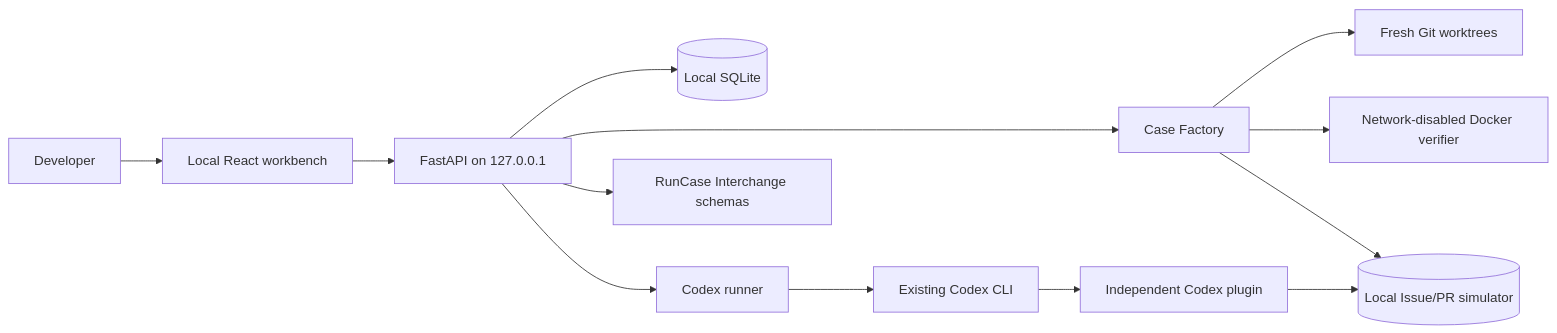
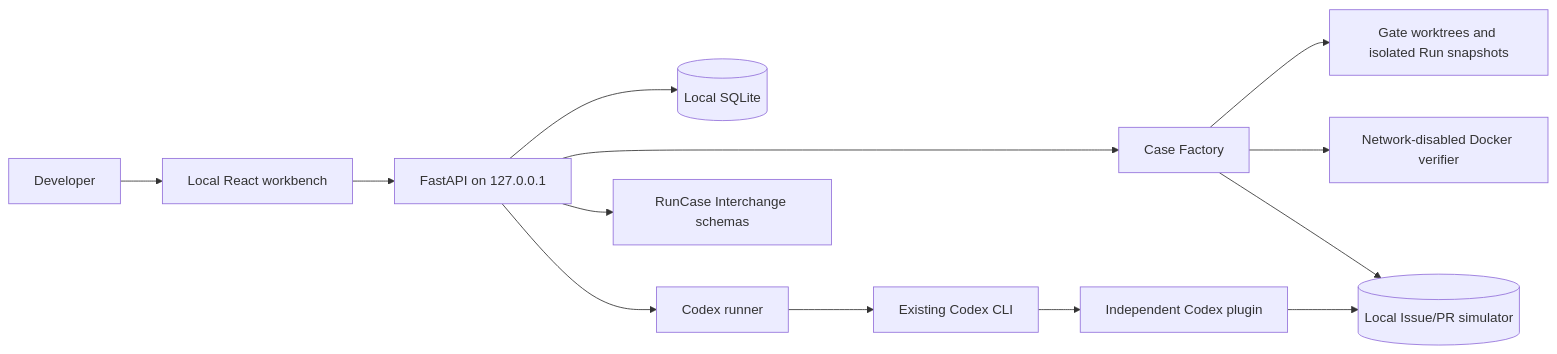
Before and after one commit to rrrrrredy/workflow-environment-factory: the diagram in docs/architecture.md, drawn with Mermaid. The commit also changed other lines of this file and 26 other files, not shown here.

````diff
--- a/docs/architecture.md
+++ b/docs/architecture.md
@@ -5,15 +5,15 @@
 ```mermaid
 flowchart LR
     User[Developer] --> UI[Local React workbench]
     UI --> API[FastAPI on 127.0.0.1]
     API --> DB[(Local SQLite)]
     API --> Factory[Case Factory]
-    Factory --> Git[Fresh Git worktrees]
+    Factory --> Git[Gate worktrees and isolated Run snapshots]
     Factory --> Docker[Network-disabled Docker verifier]
     Factory --> Sim[(Local Issue/PR simulator)]
     API --> Runner[Codex runner]
     Runner --> Codex[Existing Codex CLI]
     Codex --> Plugin[Independent Codex plugin]
     Plugin --> Sim
     API --> Protocol[RunCase Interchange schemas]
 ```
````
